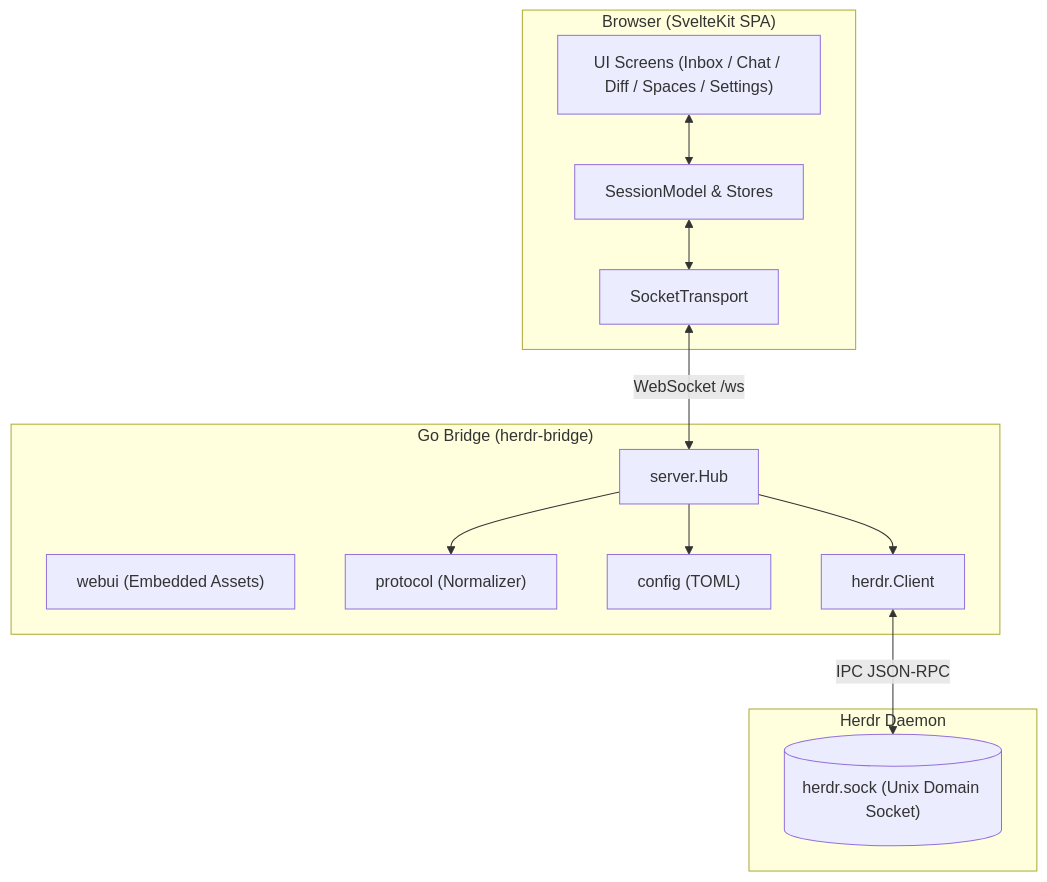
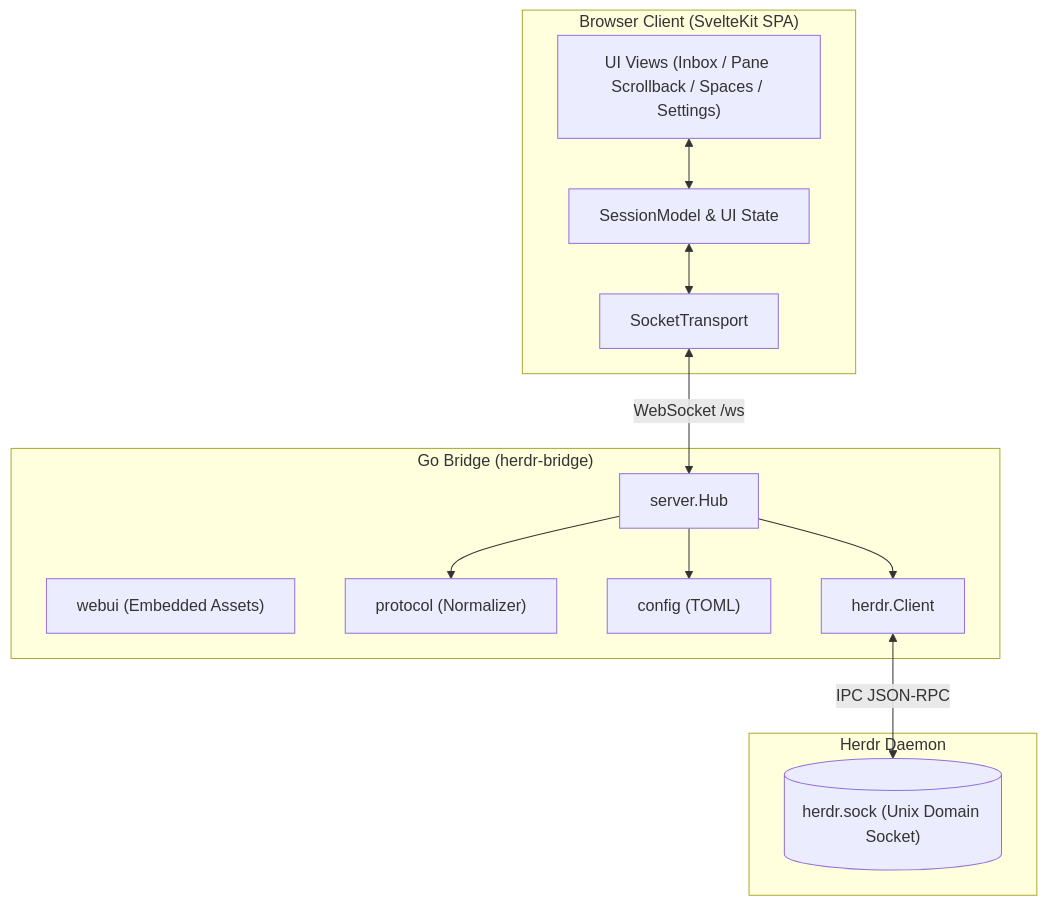
One commit to sarathsp06/herdrweb changed the first of 2 diagrams in docs/ARCHITECTURE_RECOMMENDATIONS.md. Above: the diagram before and after it, drawn with Mermaid. The commit also changed other lines of this file and 17 other files, not shown here.

````diff
--- a/docs/ARCHITECTURE_RECOMMENDATIONS.md
+++ b/docs/ARCHITECTURE_RECOMMENDATIONS.md
@@ -12,28 +16,28 @@
 ```mermaid
 graph TD
-    subgraph Browser ["Browser (SvelteKit SPA)"]
-        UI["UI Screens (Inbox / Chat / Diff / Spaces / Settings)"]
-        SM["SessionModel & Stores"]
+    subgraph Browser ["Browser Client (SvelteKit SPA)"]
+        UI["UI Views (Inbox / Pane Scrollback / Spaces / Settings)"]
+        SM["SessionModel & UI State"]
         ST["SocketTransport"]
         UI <--> SM
         SM <--> ST
     end
 
     subgraph Bridge ["Go Bridge (herdr-bridge)"]
         Hub["server.Hub"]
         WebUI["webui (Embedded Assets)"]
         Proto["protocol (Normalizer)"]
         Cfg["config (TOML)"]
         Client["herdr.Client"]
 
         ST <-->|WebSocket /ws| Hub
         Hub --> Proto
         Hub --> Cfg
         Hub --> Client
     end
 
     subgraph Daemon ["Herdr Daemon"]
         Sock[("herdr.sock (Unix Domain Socket)")]
         Client <-->|IPC JSON-RPC| Sock
     end
 ```
````
